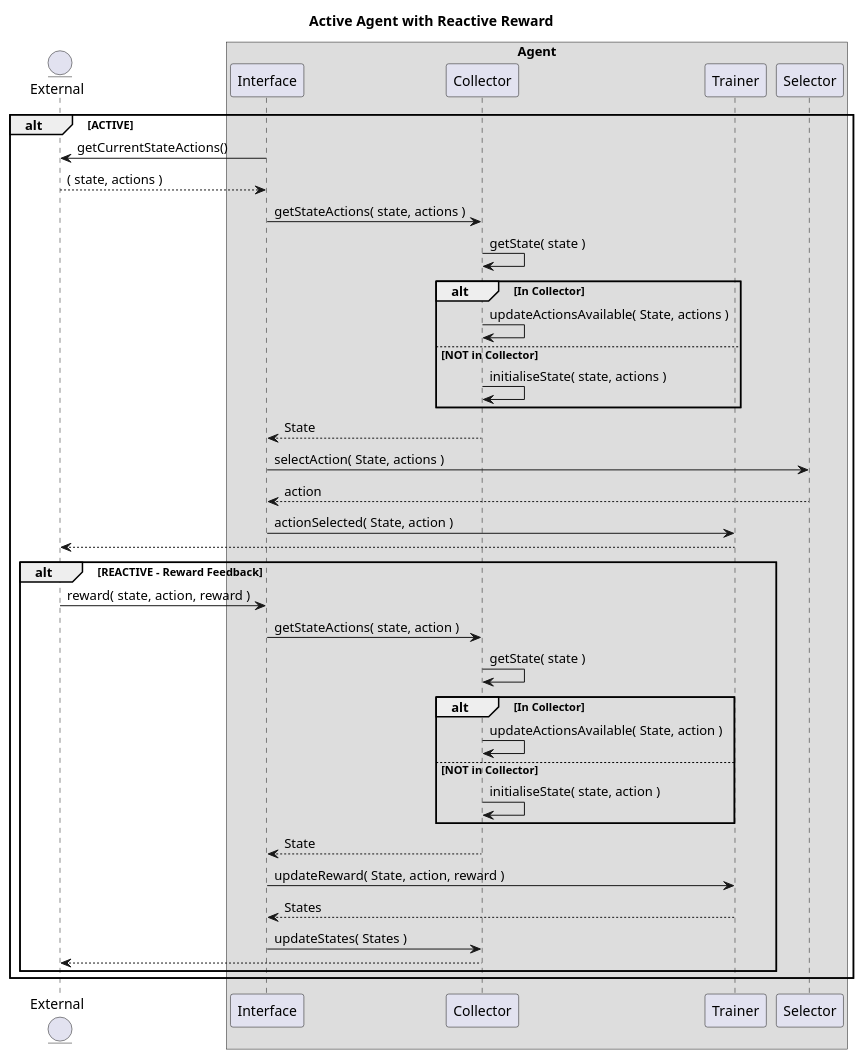
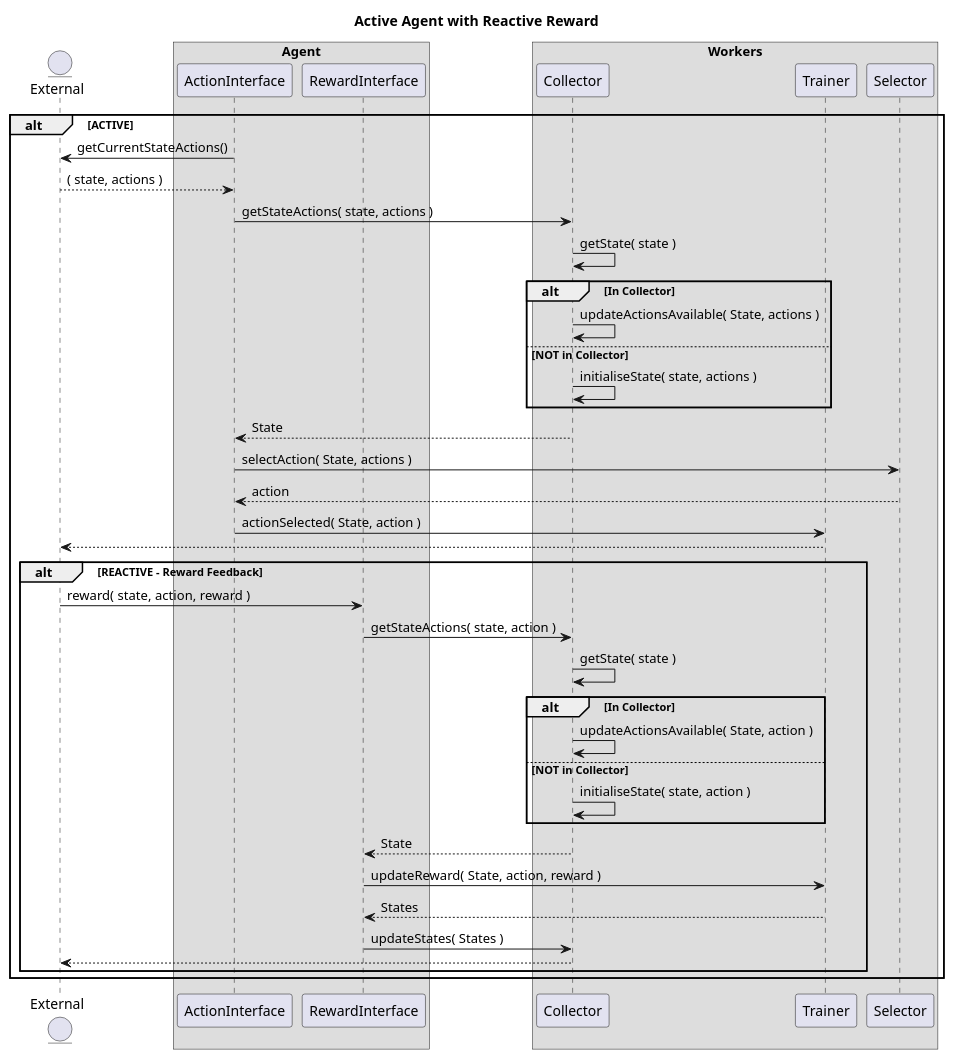
One commit to vhorta73/RL-Perl changed the diagram in Uml/SequenceDiagram/Agent AR.plantuml. Above: the diagram before and after it, drawn with PlantUML. The commit also changed 3 other files, not shown here.

First line of the commit message:
Extending Sequence Diagrams

```diff
--- a/Uml/SequenceDiagram/Agent AR.plantuml
+++ b/Uml/SequenceDiagram/Agent AR.plantuml
@@ -1,50 +1,55 @@
 @startuml
 
 title Active Agent with Reactive Reward
 
 entity External
+
 box "Agent"
-  participant Interface 
+  participant ActionInterface 
+  participant RewardInterface 
+end box
+
+box "Workers"
   participant Collector
   participant Trainer
   participant Selector 
 end box
 
 alt ACTIVE
-  External    <- Interface : getCurrentStateActions()
-  External   --> Interface : ( state, actions )
-  Interface   -> Collector : getStateActions( state, actions )
+  External    <- ActionInterface : getCurrentStateActions()
+  External   --> ActionInterface : ( state, actions )
+  ActionInterface   -> Collector : getStateActions( state, actions )
   Collector   -> Collector : getState( state )
 
   alt In Collector
     Collector   -> Collector : updateActionsAvailable( State, actions )
   else NOT in Collector
     Collector   -> Collector : initialiseState( state, actions )
   end
 
-  Interface    <-- Collector : State
-  Interface     -> Selector  : selectAction( State, actions )
-  Interface    <-- Selector  : action
-  Interface     -> Trainer   : actionSelected( State, action )
+  ActionInterface    <-- Collector : State
+  ActionInterface     -> Selector  : selectAction( State, actions )
+  ActionInterface    <-- Selector  : action
+  ActionInterface     -> Trainer   : actionSelected( State, action )
   External     <-- Trainer
 
   alt REACTIVE - Reward Feedback
-    External    -> Interface : reward( state, action, reward )
-    Interface   -> Collector : getStateActions( state, action )
+    External    -> RewardInterface : reward( state, action, reward )
+    RewardInterface   -> Collector : getStateActions( state, action )
     Collector   -> Collector : getState( state )
 
     alt In Collector
       Collector   -> Collector : updateActionsAvailable( State, action )
     else NOT in Collector
       Collector   -> Collector : initialiseState( state, action )
     end
 
-    Interface    <-- Collector : State
-    Interface     -> Trainer   : updateReward( State, action, reward )
-    Interface    <-- Trainer   : States
-    Interface    ->  Collector : updateStates( States )
+    RewardInterface    <-- Collector : State
+    RewardInterface     -> Trainer   : updateReward( State, action, reward )
+    RewardInterface    <-- Trainer   : States
+    RewardInterface    ->  Collector : updateStates( States )
     External     <-- Collector
   end 
 end
 
 @enduml
```
